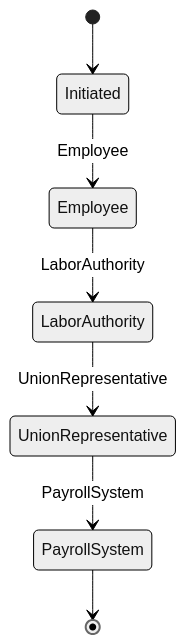
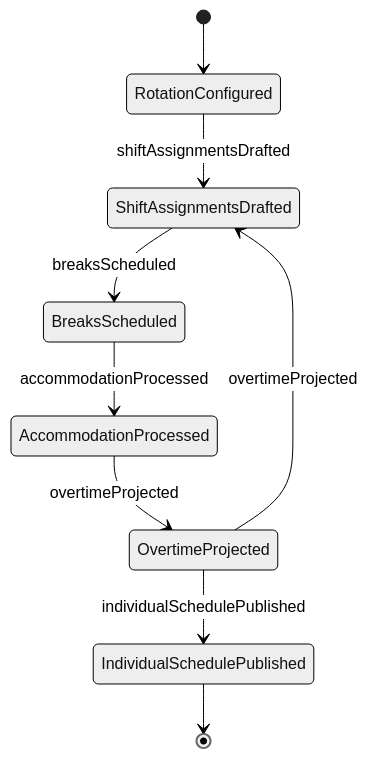
The second of 4 diagrams in GuidingDirectingAndMotivatingSubordinates/AssignWorkToOthers/PrepareEmployeeWorkSchedules.mdx (dot-org-ai/tasks.org.ai), drawn with Mermaid (neutral theme) before and after one commit. The commit also changed other lines of this file and 515 other files, not shown here.

````diff
--- a/GuidingDirectingAndMotivatingSubordinates/AssignWorkToOthers/PrepareEmployeeWorkSchedules.mdx
+++ b/GuidingDirectingAndMotivatingSubordinates/AssignWorkToOthers/PrepareEmployeeWorkSchedules.mdx
@@ -97,9 +97,11 @@
 ```mermaid
 stateDiagram-v2
-    [*] --> Initiated
-    Initiated --> Employee: Employee
-    Employee --> LaborAuthority: LaborAuthority
-    LaborAuthority --> UnionRepresentative: UnionRepresentative
-    UnionRepresentative --> PayrollSystem: PayrollSystem
-    PayrollSystem --> [*]
+    [*] --> RotationConfigured
+    RotationConfigured --> ShiftAssignmentsDrafted : shiftAssignmentsDrafted
+    ShiftAssignmentsDrafted --> BreaksScheduled : breaksScheduled
+    BreaksScheduled --> AccommodationProcessed : accommodationProcessed
+    AccommodationProcessed --> OvertimeProjected : overtimeProjected
+    OvertimeProjected --> IndividualSchedulePublished : individualSchedulePublished
+    OvertimeProjected --> ShiftAssignmentsDrafted : overtimeProjected
+    IndividualSchedulePublished --> [*]
 ```
````
